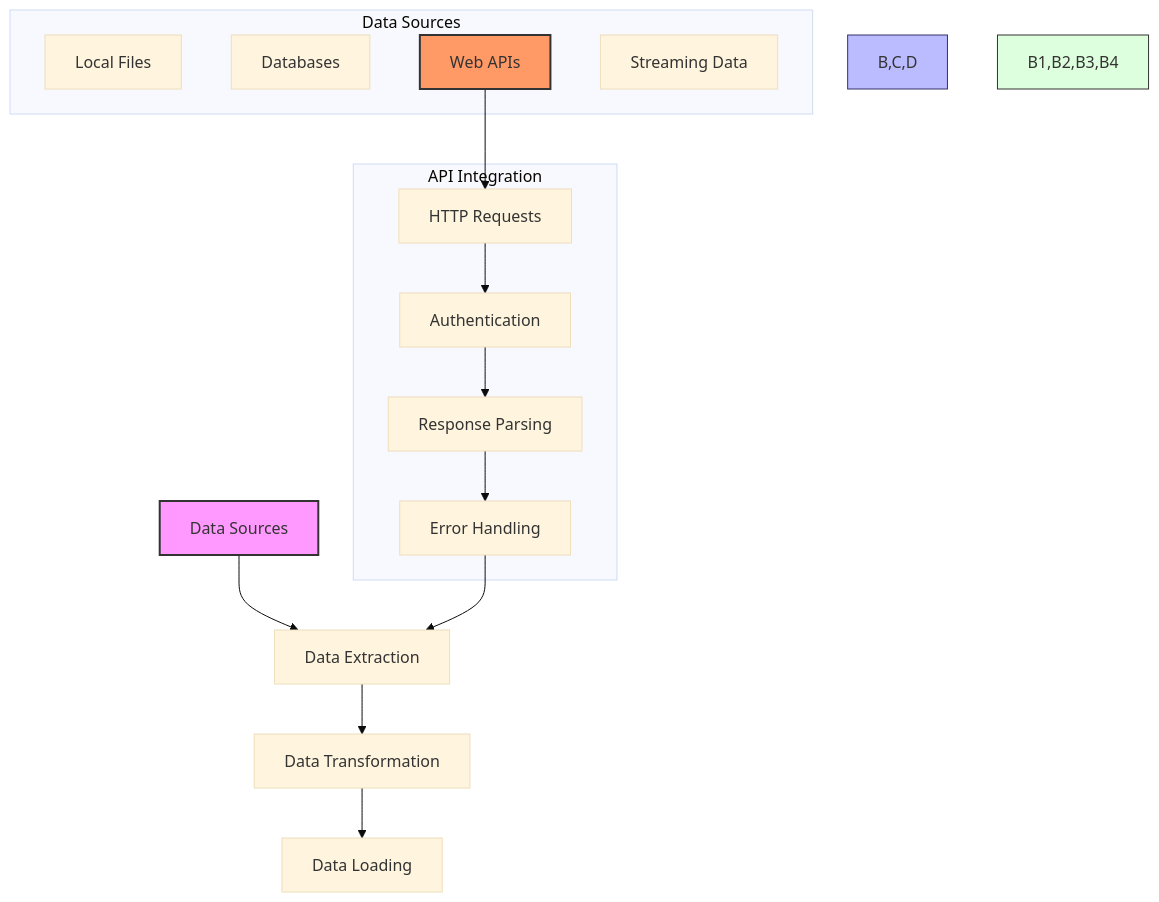
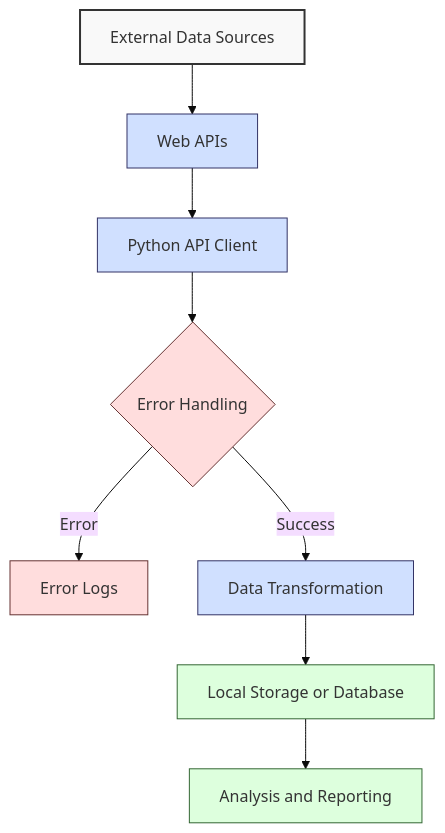
One commit to wahidyankf/oss changed the diagram in apps-standalone/ayokoding-web/content/en/learn/software-engineering/onboardings/hijra-data-engineering/ch04-web-integration-and-apis/_index.md. Above: the diagram before and after it, drawn with Mermaid (base theme). The commit also changed other lines of this file and 2 other files, not shown here.

Commit message:
docs(ayokoding-web): Update de onboarding

````diff
--- a/apps-standalone/ayokoding-web/content/en/learn/software-engineering/onboardings/hijra-data-engineering/ch04-web-integration-and-apis/_index.md
+++ b/apps-standalone/ayokoding-web/content/en/learn/software-engineering/onboardings/hijra-data-engineering/ch04-web-integration-and-apis/_index.md
@@ -16,31 +23,20 @@
 ```mermaid
 flowchart TD
-    A[Data Sources] --> B[Data Extraction]
-    B --> C[Data Transformation]
-    C --> D[Data Loading]
+    A[External Data Sources] --> B[Web APIs]
+    B --> C[Python API Client]
+    C --> D{Error Handling}
+    D -->|Error| E[Error Logs]
+    D -->|Success| F[Data Transformation]
+    F --> G[Local Storage or Database]
+    G --> H[Analysis and Reporting]
 
-    subgraph "Data Sources"
-    A1[Local Files]
-    A2[Databases]
-    A3[Web APIs]
-    A4[Streaming Data]
-    end
+    classDef external fill:#f9f9f9,stroke:#333,stroke-width:2px
+    classDef processing fill:#d0e0ff,stroke:#336,stroke-width:1px
+    classDef errors fill:#ffdddd,stroke:#633,stroke-width:1px
+    classDef storage fill:#ddffdd,stroke:#363,stroke-width:1px
 
-    subgraph "API Integration"
-    B1[HTTP Requests]
-    B2[Authentication]
-    B3[Response Parsing]
-    B4[Error Handling]
-    end
-
-    A3 --> B1
-    B1 --> B2
-    B2 --> B3
-    B3 --> B4
-    B4 --> B
-
-    style A fill:#f9f,stroke:#333,stroke-width:2px
-    style B,C,D fill:#bbf,stroke:#336,stroke-width:1px
-    style A3 fill:#f96,stroke:#333,stroke-width:2px
-    style B1,B2,B3,B4 fill:#dfd,stroke:#333,stroke-width:1px
+    class A external
+    class B,C,F processing
+    class D,E errors
+    class G,H storage
 ```
````
